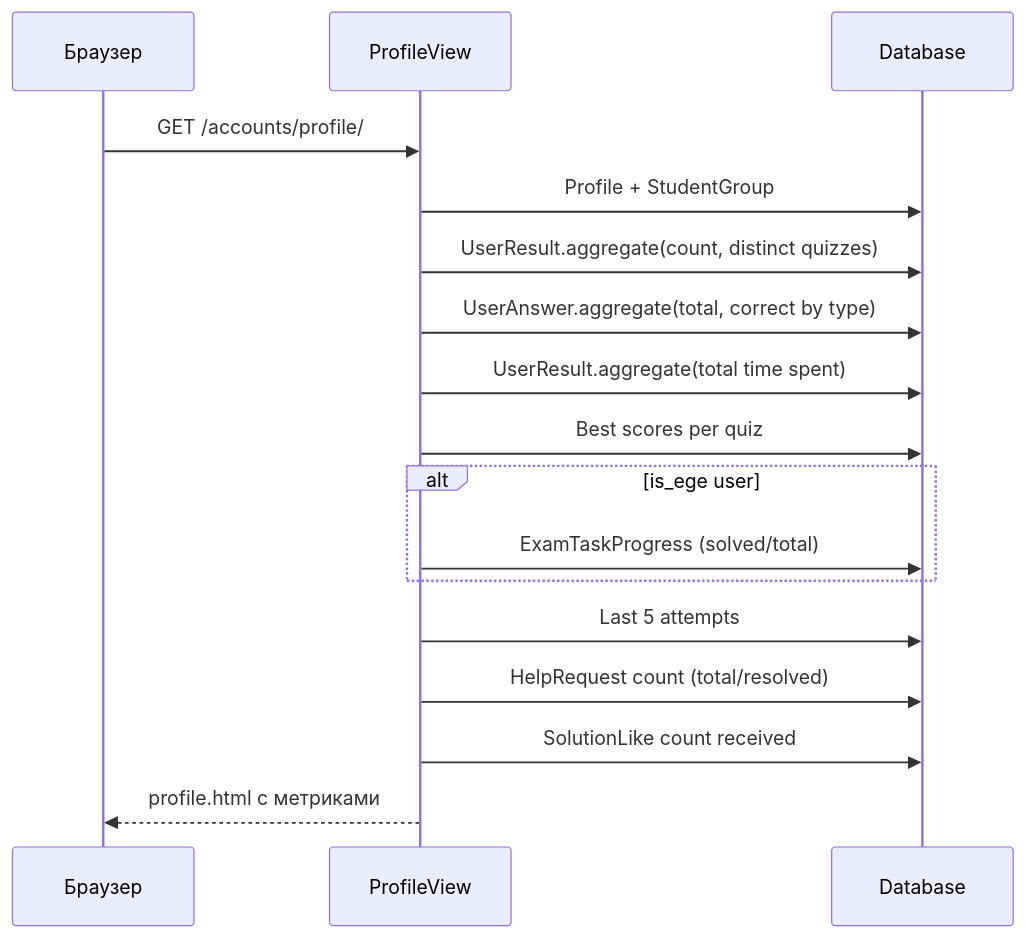
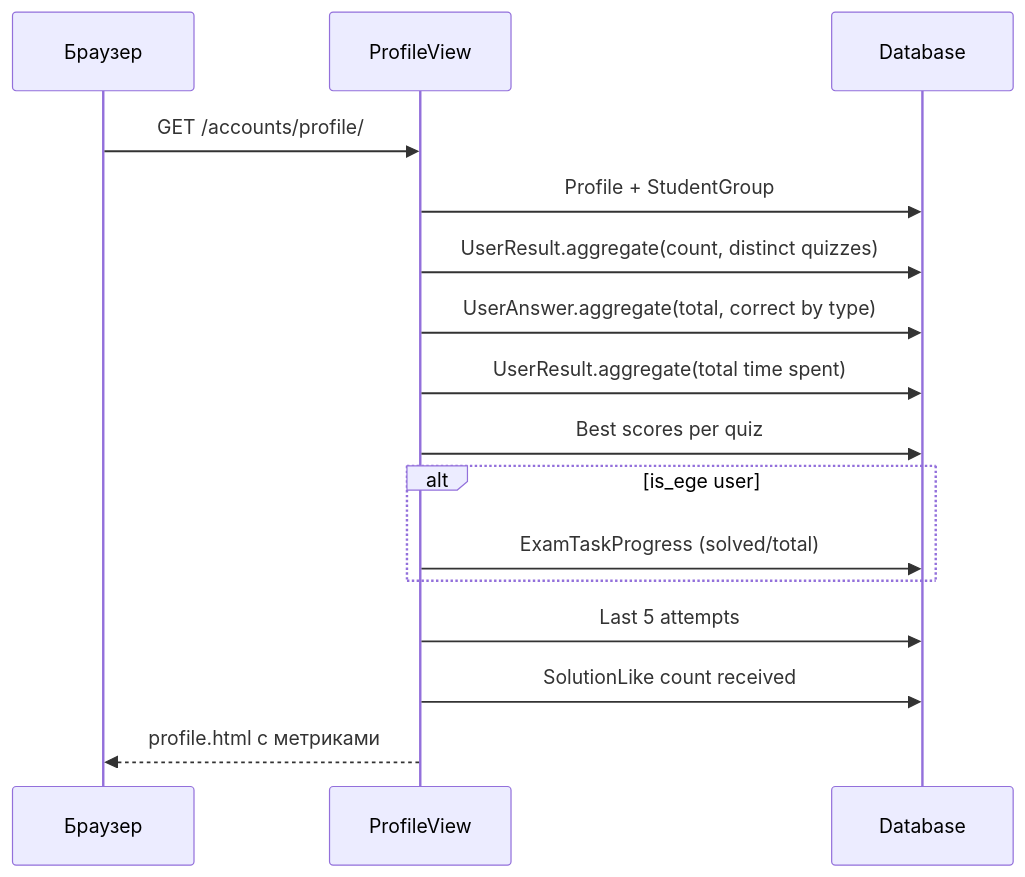
Before and after one commit to Kirill2517nv/SiteAboutMe: the diagram in docs/api/accounts.md, drawn with Mermaid. The commit also changed other lines of this file and 103 other files, not shown here.

````diff
--- a/docs/api/accounts.md
+++ b/docs/api/accounts.md
@@ -17,20 +17,19 @@
 ```mermaid
 sequenceDiagram
     participant B as Браузер
     participant V as ProfileView
     participant DB as Database
 
     B->>V: GET /accounts/profile/
     V->>DB: Profile + StudentGroup
     V->>DB: UserResult.aggregate(count, distinct quizzes)
     V->>DB: UserAnswer.aggregate(total, correct by type)
     V->>DB: UserResult.aggregate(total time spent)
     V->>DB: Best scores per quiz
     alt is_ege user
         V->>DB: ExamTaskProgress (solved/total)
     end
     V->>DB: Last 5 attempts
-    V->>DB: HelpRequest count (total/resolved)
     V->>DB: SolutionLike count received
     V-->>B: profile.html с метриками
 ```
````
